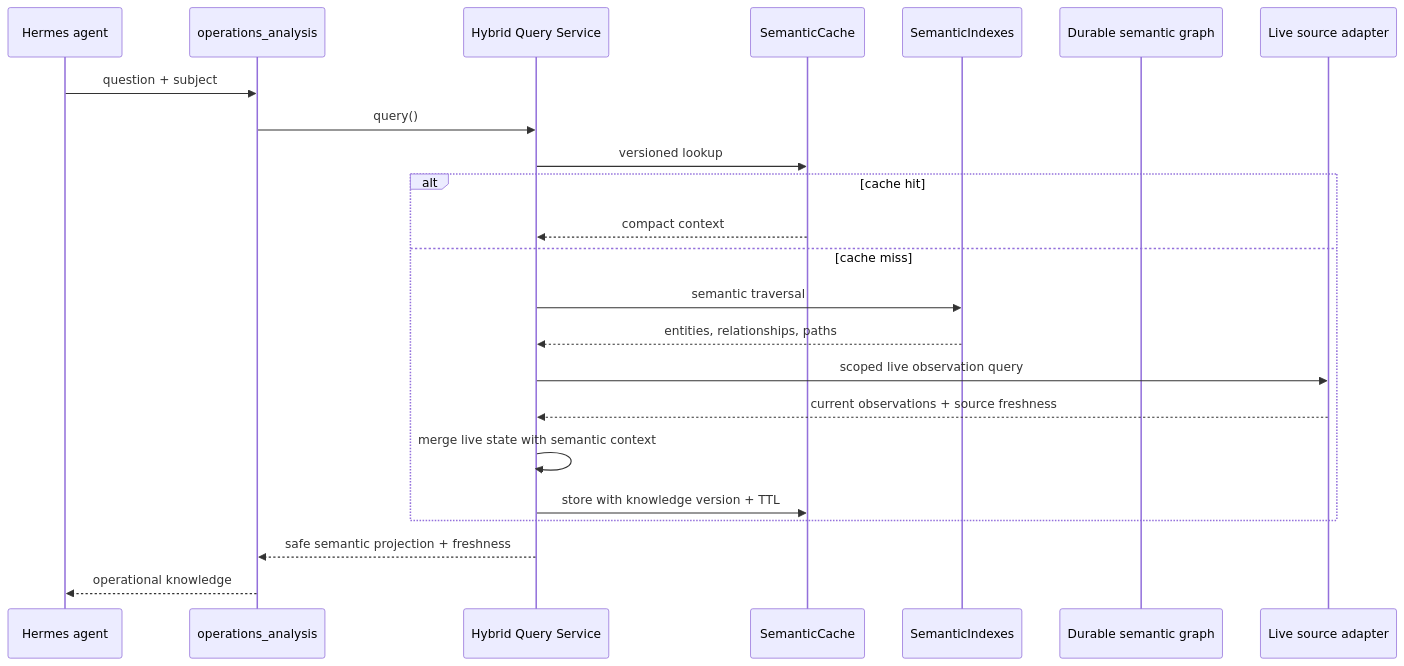
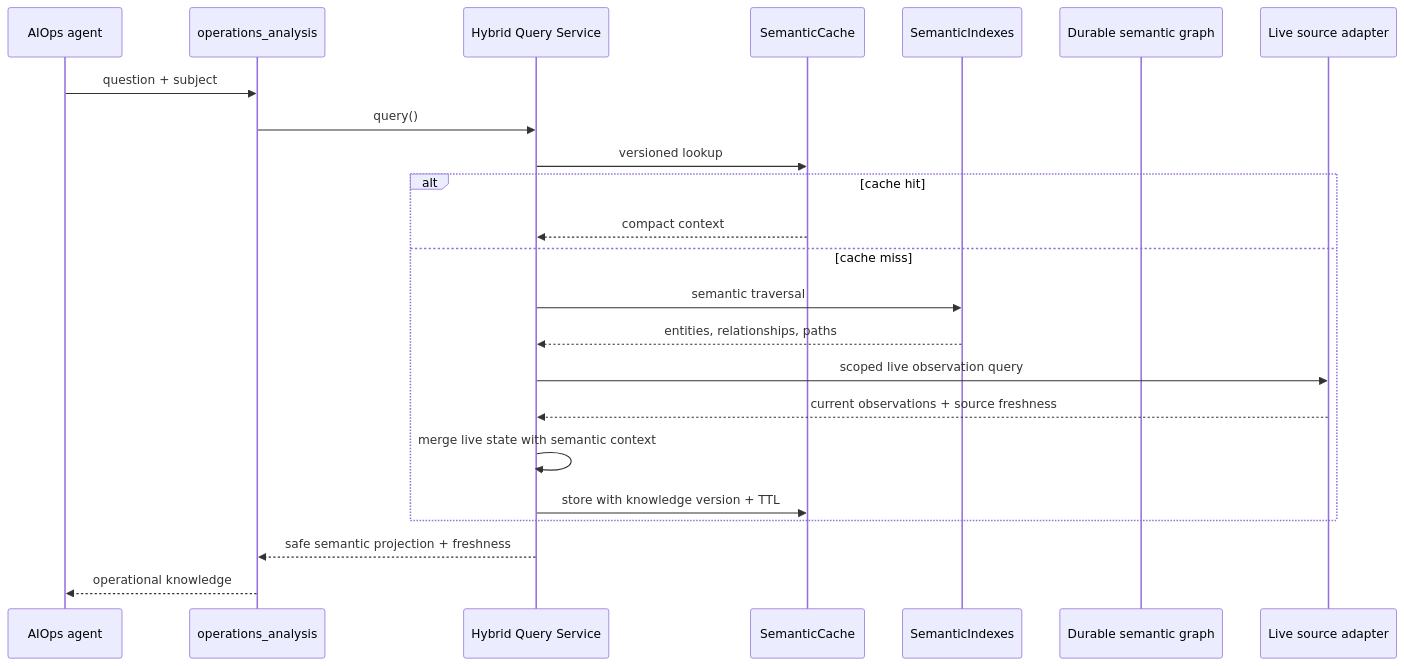
One commit to jasonpanggit/azure-aiops changed the third of 3 diagrams in docs/semantic-architecture.md. Above: the diagram before and after it, drawn with Mermaid. The commit also changed other lines of this file and 493 other files, not shown here.

First line of the commit message:
refactor: rename Hermes to AIOps across the codebase

````diff
--- a/docs/semantic-architecture.md
+++ b/docs/semantic-architecture.md
@@ -84,26 +84,26 @@
 ```mermaid
 sequenceDiagram
-  participant A as Hermes agent
+  participant A as AIOps agent
   participant T as operations_analysis
   participant E as Hybrid Query Service
   participant C as SemanticCache
   participant I as SemanticIndexes
   participant O as Durable semantic graph
   participant L as Live source adapter
 
   A->>T: question + subject
   T->>E: query()
   E->>C: versioned lookup
   alt cache hit
     C-->>E: compact context
   else cache miss
     E->>I: semantic traversal
     I-->>E: entities, relationships, paths
     E->>L: scoped live observation query
     L-->>E: current observations + source freshness
     E->>E: merge live state with semantic context
     E->>C: store with knowledge version + TTL
   end
   E-->>T: safe semantic projection + freshness
   T-->>A: operational knowledge
 ```
````
